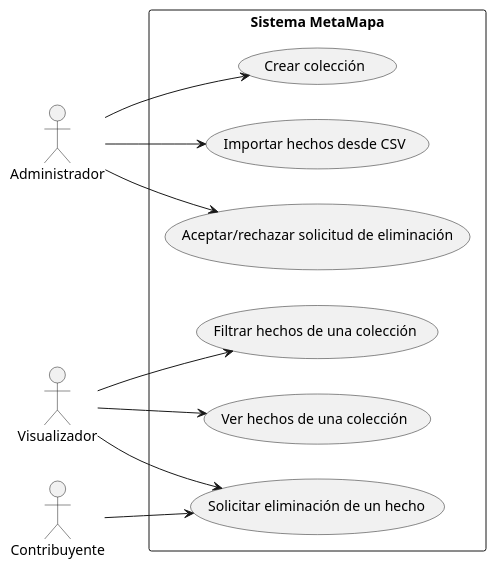
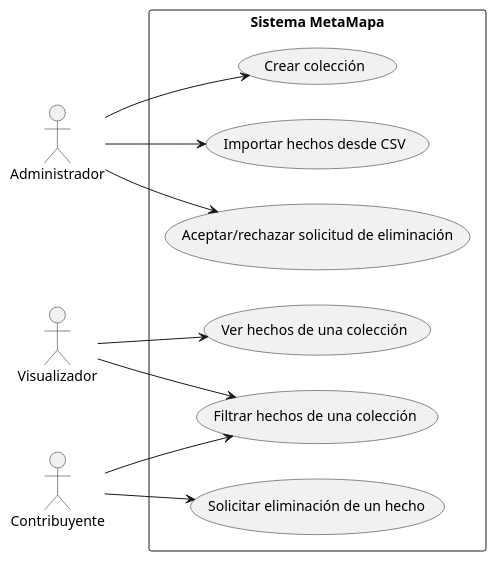
The diagram in CasosDeUso.puml (nicofernandez17/backend-arquitectura-limpia), drawn with PlantUML before and after one commit.

```diff
--- a/CasosDeUso.puml
+++ b/CasosDeUso.puml
@@ -1,29 +1,34 @@
 @startuml
 left to right direction
 skinparam packageStyle rectangle
 
 actor Administrador
 actor Visualizador
 actor Contribuyente
 
 rectangle "Sistema MetaMapa" {
 
     usecase "Crear colección" as UC1
     usecase "Importar hechos desde CSV" as UC2
     usecase "Ver hechos de una colección" as UC3
     usecase "Filtrar hechos de una colección" as UC4
     usecase "Solicitar eliminación de un hecho" as UC5
     usecase "Aceptar/rechazar solicitud de eliminación" as UC6
 
     Administrador --> UC1
     Administrador --> UC2
     Administrador --> UC6
 
     Visualizador --> UC3
     Visualizador --> UC4
-    Visualizador --> UC5
 
+/'    Visualizador --> UC5'/
+
+    Contribuyente --> UC4
     Contribuyente --> UC5
+
+/'El contribuyente puede solicitar la eliminacion de un hecho
+si bien el visualizador puede llegar a ser un contribuyente, no lo es hasta que no contribuya'/
 }
 
 @enduml
```
